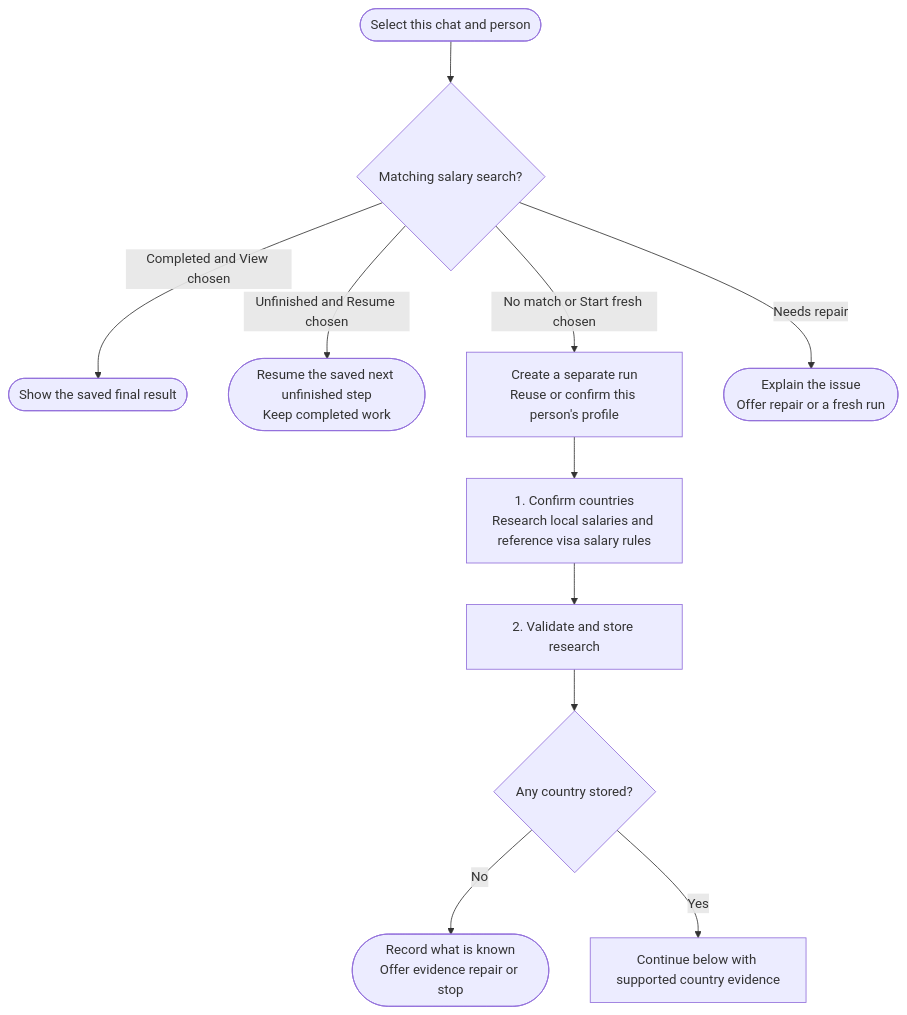
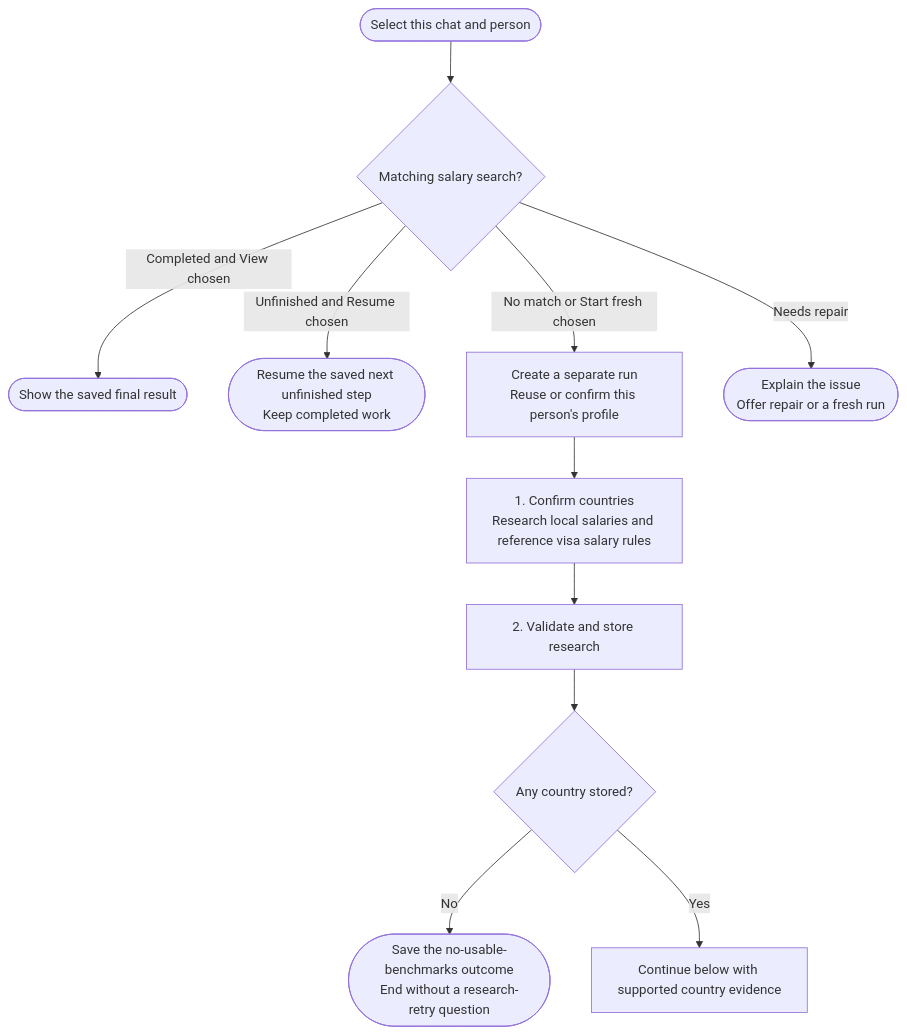
One commit to myowinthein/agent-compass changed the first of 2 diagrams in docs/commands/salary-calculator/detailed.md. Above: the diagram before and after it, drawn with Mermaid. The commit also changed other lines of this file and 25 other files, not shown here.

````diff
--- a/docs/commands/salary-calculator/detailed.md
+++ b/docs/commands/salary-calculator/detailed.md
@@ -26,13 +26,13 @@
 ```mermaid
 flowchart TD
   Start(["Select this chat and person"]) --> Status{"Matching salary search?"}
   Status -->|Completed and View chosen| Replay(["Show the saved final result"])
   Status -->|Unfinished and Resume chosen| Resume(["Resume the saved next unfinished step<br/>Keep completed work"])
   Status -->|No match or Start fresh chosen| Profile["Create a separate run<br/>Reuse or confirm this person's profile"]
   Status -->|Needs repair| Recover(["Explain the issue<br/>Offer repair or a fresh run"])
   Profile --> S1["1. Confirm countries<br/>Research local salaries and reference visa salary rules"]
   S1 --> S2["2. Validate and store research"]
   S2 --> Stored{"Any country stored?"}
-  Stored -->|No| Repair(["Record what is known<br/>Offer evidence repair or stop"])
+  Stored -->|No| NoData(["Save the no-usable-benchmarks outcome<br/>End without a research-retry question"])
   Stored -->|Yes| Continue["Continue below with supported country evidence"]
 ```
````
